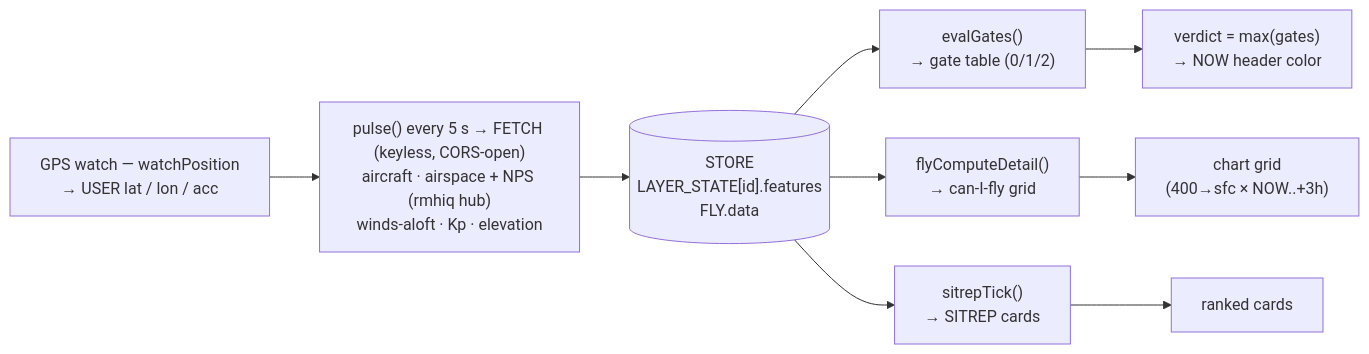
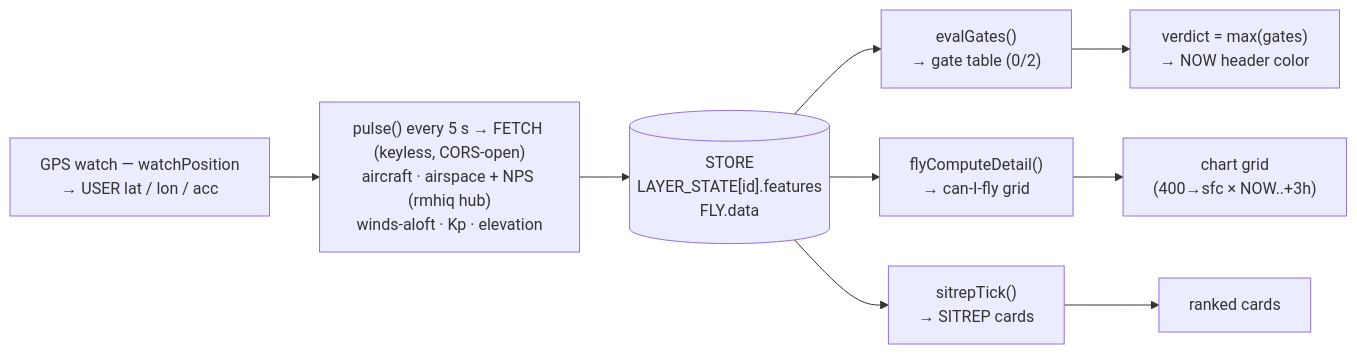
The diagram in README.md (robertjohnhanna/sitrep), drawn with Mermaid before and after one commit. The commit also changed other lines of this file and 1 other file, not shown here.

````diff
--- a/README.md
+++ b/README.md
@@ -16,11 +16,11 @@
 ```mermaid
 flowchart LR
   GPS["GPS watch — watchPosition<br/>→ USER lat / lon / acc"] --> PULSE["pulse() every 5 s → FETCH (keyless, CORS-open)<br/>aircraft · airspace + NPS (rmhiq hub)<br/>winds-aloft · Kp · elevation"]
   PULSE --> STORE[("STORE<br/>LAYER_STATE[id].features<br/>FLY.data")]
-  STORE --> GATES["evalGates()<br/>→ gate table (0/1/2)"]
+  STORE --> GATES["evalGates()<br/>→ gate table (0/2)"]
   STORE --> CHART["flyComputeDetail()<br/>→ can-I-fly grid"]
   STORE --> SITREP["sitrepTick()<br/>→ SITREP cards"]
   GATES --> NOW["verdict = max(gates)<br/>→ NOW header color"]
   CHART --> BOARD["chart grid<br/>(400→sfc × NOW..+3h)"]
   SITREP --> CARDS["ranked cards"]
 ```
````
